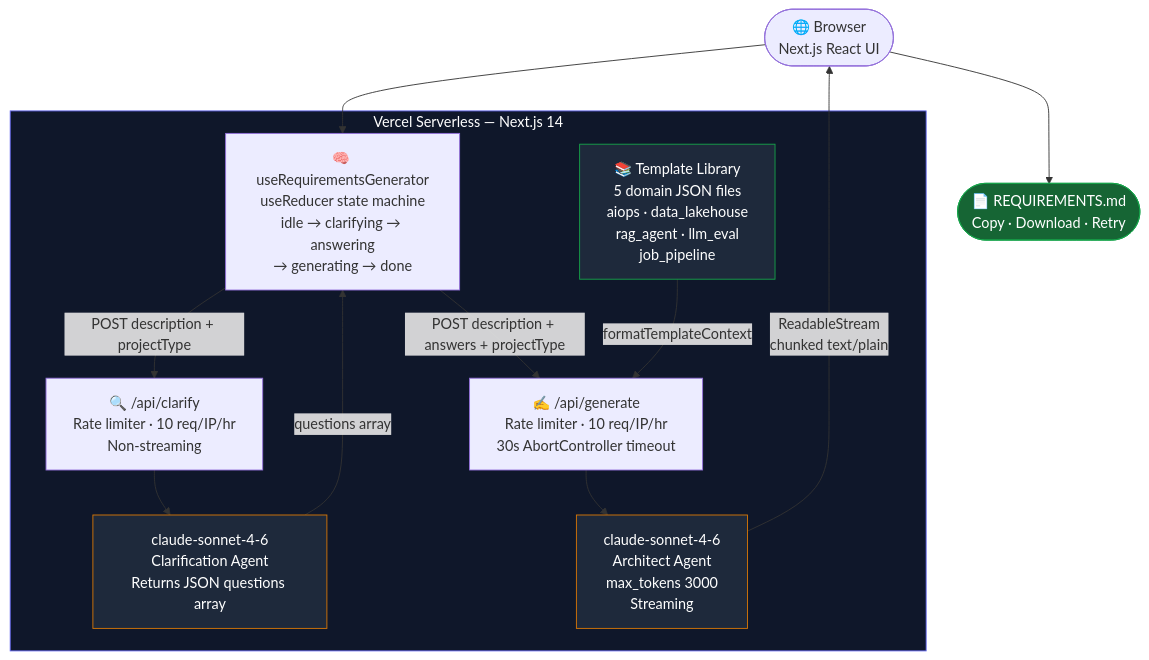
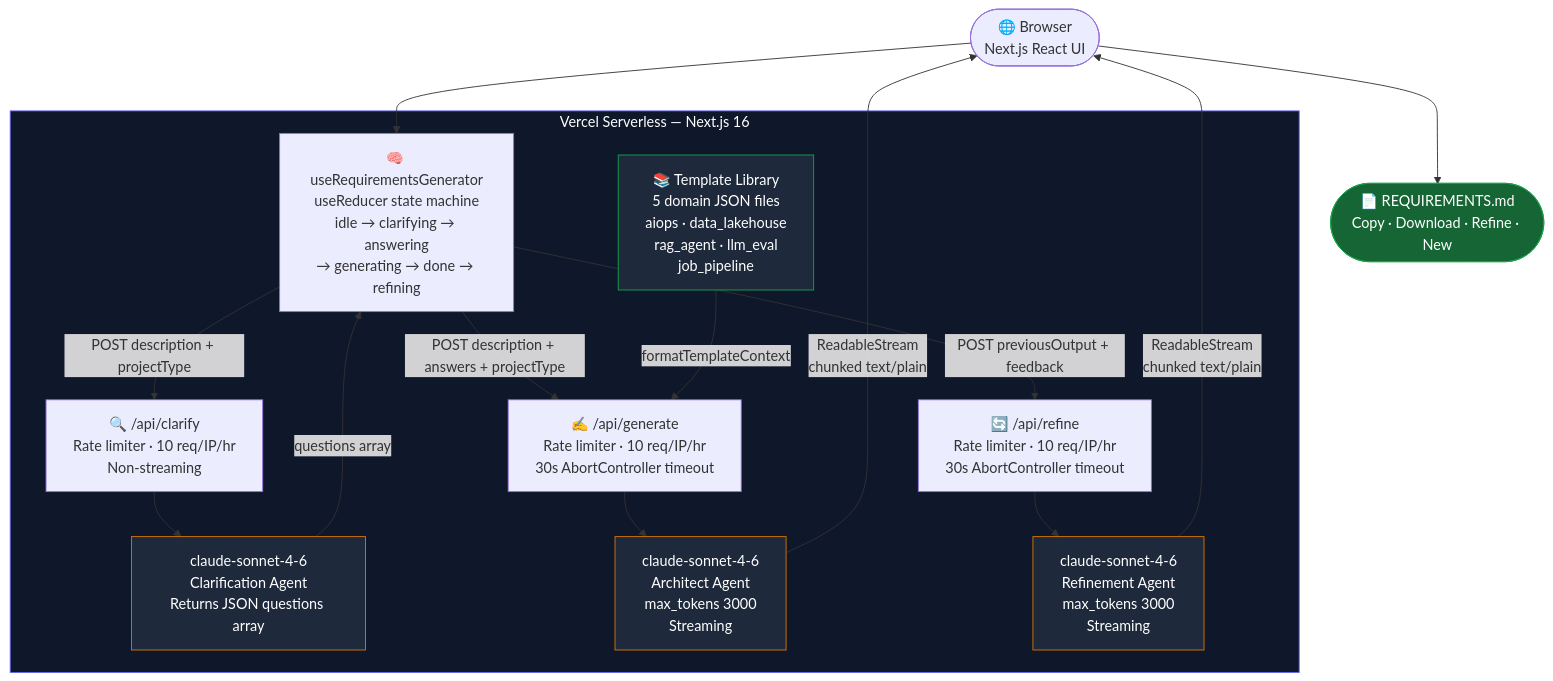
Before and after one commit to DevMLAI01/requirements-architect: the diagram in README.md, drawn with Mermaid. The commit also changed other lines of this file, not shown here.

First line of the commit message:
Update README: refine feature, corrected stack versions, new API route

````diff
--- a/README.md
+++ b/README.md
@@ -164,30 +139,36 @@
 ```mermaid
 flowchart TD
     A([🌐 Browser\nNext.js React UI]) --> B
 
-    subgraph VERCEL [Vercel Serverless — Next.js 14]
-        B[🧠 useRequirementsGenerator\nuseReducer state machine\nidle → clarifying → answering\n→ generating → done]
+    subgraph VERCEL [Vercel Serverless — Next.js 16]
+        B[🧠 useRequirementsGenerator\nuseReducer state machine\nidle → clarifying → answering\n→ generating → done → refining]
 
         B -->|POST description + projectType| C
         B -->|POST description + answers + projectType| E
+        B -->|POST previousOutput + feedback| R
 
         C[🔍 /api/clarify\nRate limiter · 10 req/IP/hr\nNon-streaming]
         C --> D[claude-sonnet-4-6\nClarification Agent\nReturns JSON questions array]
 
         E[✍️ /api/generate\nRate limiter · 10 req/IP/hr\n30s AbortController timeout]
         F[📚 Template Library\n5 domain JSON files\naiops · data_lakehouse\nrag_agent · llm_eval\njob_pipeline]
         F -->|formatTemplateContext| E
         E --> G[claude-sonnet-4-6\nArchitect Agent\nmax_tokens 3000\nStreaming]
+
+        R[🔄 /api/refine\nRate limiter · 10 req/IP/hr\n30s AbortController timeout]
+        R --> S[claude-sonnet-4-6\nRefinement Agent\nmax_tokens 3000\nStreaming]
     end
 
     D -->|questions array| B
     G -->|ReadableStream\nchunked text/plain| A
+    S -->|ReadableStream\nchunked text/plain| A
 
-    A --> H([📄 REQUIREMENTS.md\nCopy · Download · Retry])
+    A --> H([📄 REQUIREMENTS.md\nCopy · Download · Refine · New])
 
     style VERCEL fill:#0f172a,stroke:#6366F1,color:#fff
     style D fill:#1e293b,stroke:#D97706,color:#fff
     style G fill:#1e293b,stroke:#D97706,color:#fff
+    style S fill:#1e293b,stroke:#D97706,color:#fff
     style F fill:#1e293b,stroke:#16A34A,color:#fff
     style H fill:#166534,stroke:#16A34A,color:#fff
 ```
````
